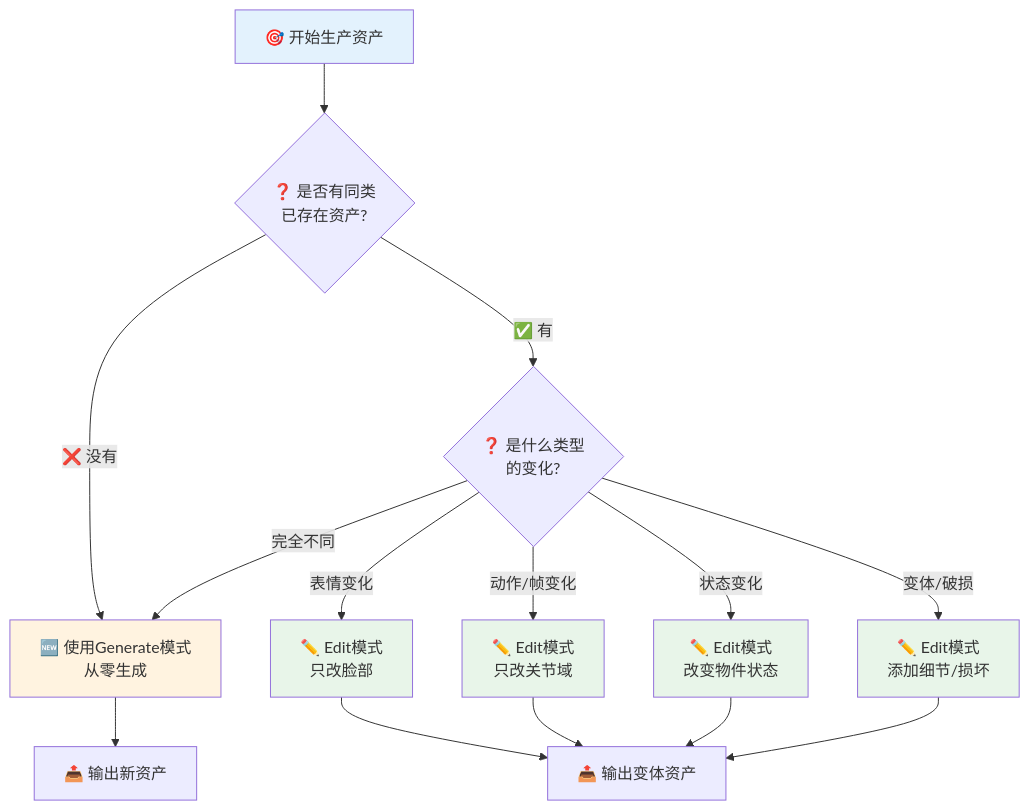
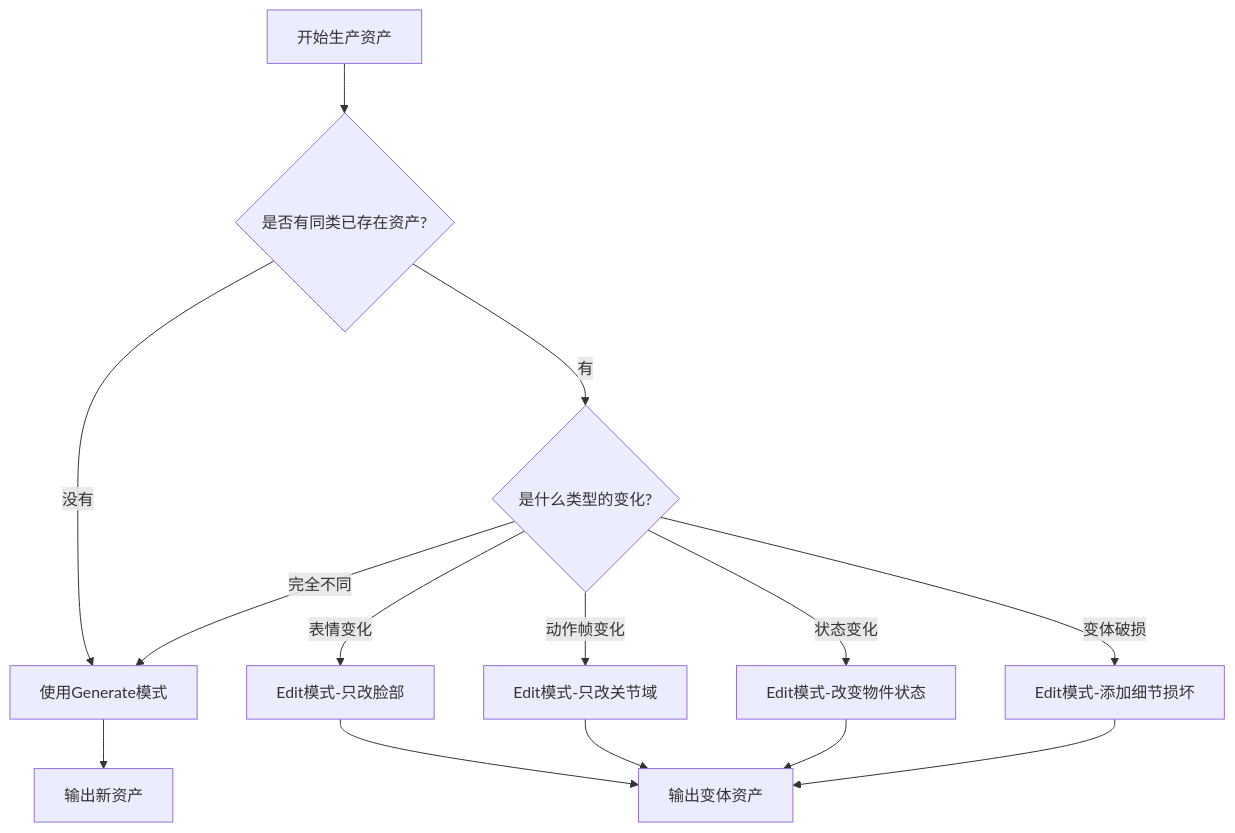
One commit to angelash/Footnote changed diagram 15 of 17 in docs/art/资产生产流程图汇总.md. Above: the diagram before and after it, drawn with Mermaid. The commit also changed other lines of this file and 59 other files, not shown here.

````diff
--- a/docs/art/资产生产流程图汇总.md
+++ b/docs/art/资产生产流程图汇总.md
@@ -361,26 +442,19 @@
 ```mermaid
 flowchart TB
-    START["🎯 开始生产资产"] --> Q1{"❓ 是否有同类<br/>已存在资产?"}
+    START["开始生产资产"] --> Q1{"是否有同类已存在资产?"}
     
-    Q1 -->|"❌ 没有"| GEN["🆕 使用Generate模式<br/>从零生成"]
-    Q1 -->|"✅ 有"| Q2{"❓ 是什么类型<br/>的变化?"}
+    Q1 -->|"没有"| GEN["使用Generate模式"]
+    Q1 -->|"有"| Q2{"是什么类型的变化?"}
     
-    Q2 -->|"表情变化"| EDIT1["✏️ Edit模式<br/>只改脸部"]
-    Q2 -->|"动作/帧变化"| EDIT2["✏️ Edit模式<br/>只改关节域"]
-    Q2 -->|"状态变化"| EDIT3["✏️ Edit模式<br/>改变物件状态"]
-    Q2 -->|"变体/破损"| EDIT4["✏️ Edit模式<br/>添加细节/损坏"]
+    Q2 -->|"表情变化"| EDIT1["Edit模式-只改脸部"]
+    Q2 -->|"动作帧变化"| EDIT2["Edit模式-只改关节域"]
+    Q2 -->|"状态变化"| EDIT3["Edit模式-改变物件状态"]
+    Q2 -->|"变体破损"| EDIT4["Edit模式-添加细节损坏"]
     Q2 -->|"完全不同"| GEN
     
-    GEN --> OUT1["📤 输出新资产"]
-    EDIT1 --> OUT2["📤 输出变体资产"]
+    GEN --> OUT1["输出新资产"]
+    EDIT1 --> OUT2["输出变体资产"]
     EDIT2 --> OUT2
     EDIT3 --> OUT2
     EDIT4 --> OUT2
-    
-    style START fill:#e3f2fd
-    style GEN fill:#fff3e0
-    style EDIT1 fill:#e8f5e9
-    style EDIT2 fill:#e8f5e9
-    style EDIT3 fill:#e8f5e9
-    style EDIT4 fill:#e8f5e9
 ```
````
